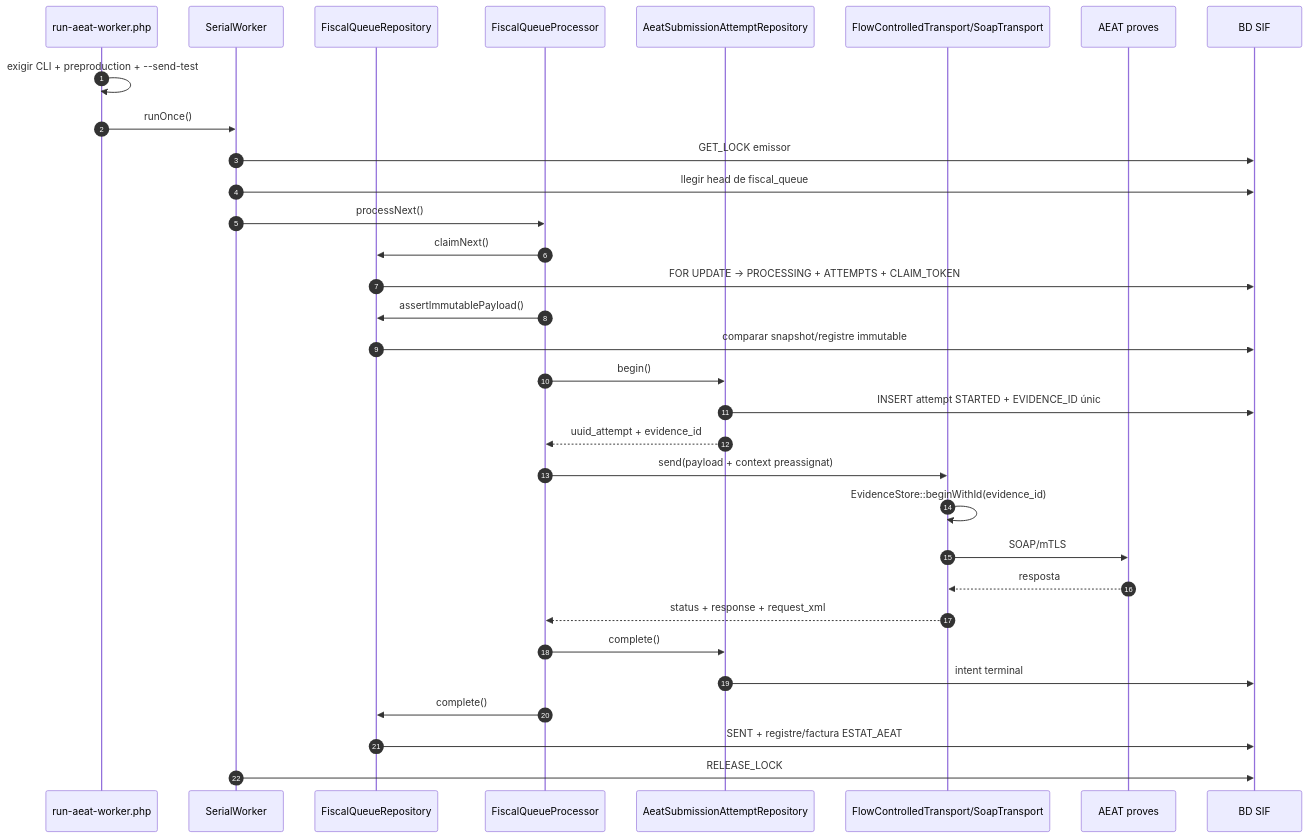
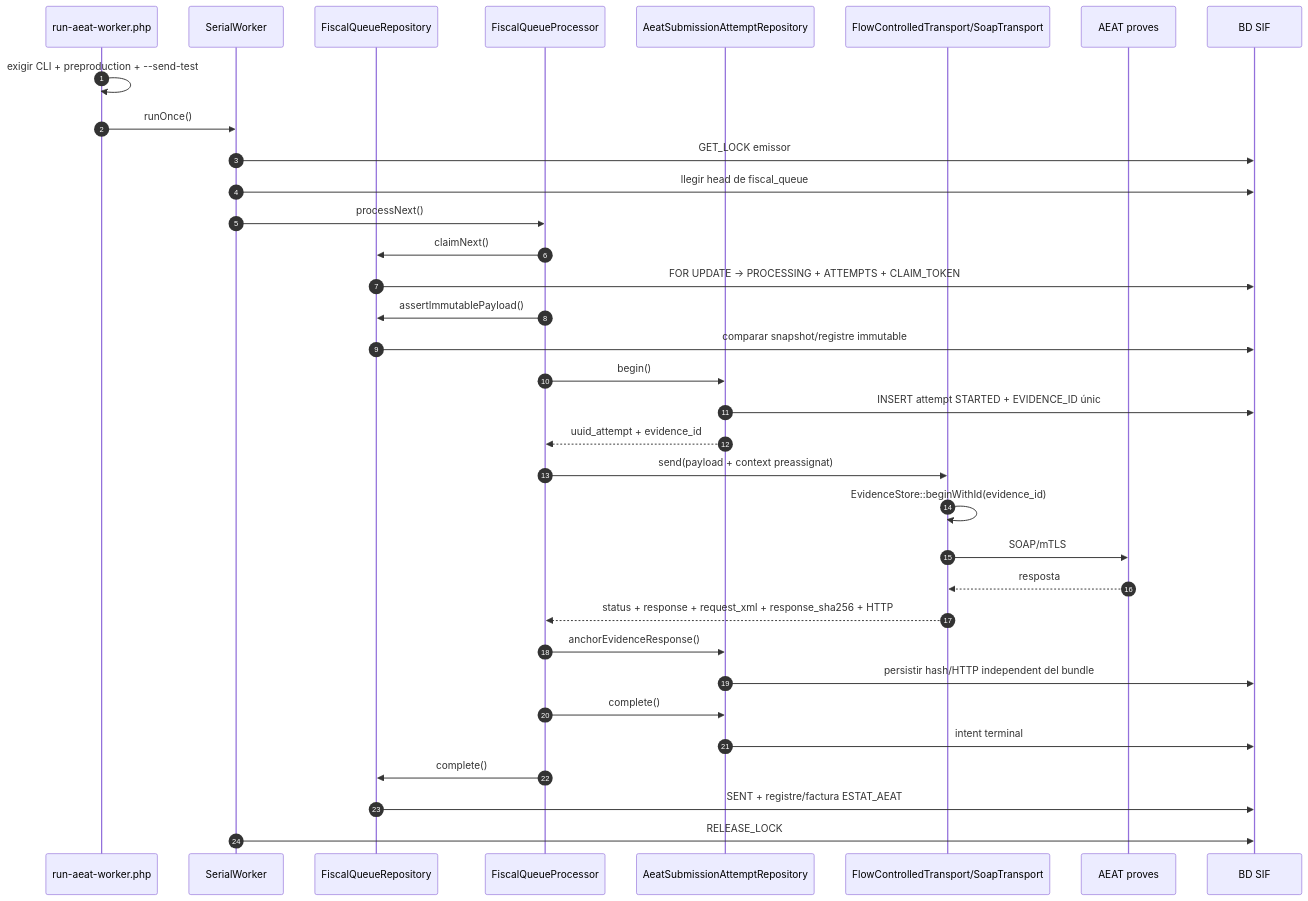
Before and after one commit to orgmeriemprismacat-del/verifactu: the fourth of 11 diagrams in documentacio/07-uml-integrat/uc-009-sequencies-actual-final.md, drawn with Mermaid. The commit also changed other lines of this file, not shown here.

````diff
--- a/documentacio/07-uml-integrat/uc-009-sequencies-actual-final.md
+++ b/documentacio/07-uml-integrat/uc-009-sequencies-actual-final.md
@@ -119,35 +119,37 @@
 ```mermaid
 sequenceDiagram
 autonumber
 participant CLI as run-aeat-worker.php
 participant W as SerialWorker
 participant Q as FiscalQueueRepository
 participant P as FiscalQueueProcessor
 participant A as AeatSubmissionAttemptRepository
 participant T as FlowControlledTransport/SoapTransport
 participant X as AEAT proves
 participant DB as BD SIF
 
 CLI->>CLI: exigir CLI + preproduction + --send-test
 CLI->>W: runOnce()
 W->>DB: GET_LOCK emissor
 W->>DB: llegir head de fiscal_queue
 W->>P: processNext()
 P->>Q: claimNext()
 Q->>DB: FOR UPDATE -> PROCESSING + ATTEMPTS + CLAIM_TOKEN
 P->>Q: assertImmutablePayload()
 Q->>DB: comparar snapshot/registre immutable
 P->>A: begin()
 A->>DB: INSERT attempt STARTED + EVIDENCE_ID únic
 A-->>P: uuid_attempt + evidence_id
 P->>T: send(payload + context preassignat)
 T->>T: EvidenceStore::beginWithId(evidence_id)
 T->>X: SOAP/mTLS
 X-->>T: resposta
-T-->>P: status + response + request_xml
+T-->>P: status + response + request_xml + response_sha256 + HTTP
+P->>A: anchorEvidenceResponse()
+A->>DB: persistir hash/HTTP independent del bundle
 P->>A: complete()
 A->>DB: intent terminal
 P->>Q: complete()
 Q->>DB: SENT + registre/factura ESTAT_AEAT
 W->>DB: RELEASE_LOCK
 ```
````
